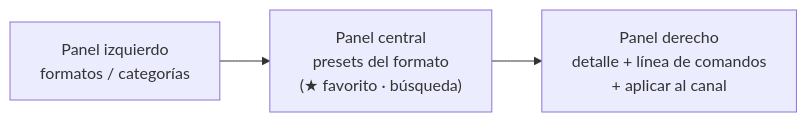
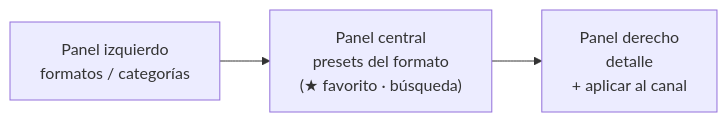
The first of 2 diagrams in docs/08-presets.md (JorgeCruz19/baioss-record), drawn with Mermaid before and after one commit. The commit also changed other lines of this file and 5 other files, not shown here.

````diff
--- a/docs/08-presets.md
+++ b/docs/08-presets.md
@@ -12,5 +12,5 @@
 ```mermaid
 flowchart LR
     L["Panel izquierdo<br/>formatos / categorías"] --> C["Panel central<br/>presets del formato<br/>(★ favorito · búsqueda)"]
-    C --> R["Panel derecho<br/>detalle + línea de comandos<br/>+ aplicar al canal"]
+    C --> R["Panel derecho<br/>detalle<br/>+ aplicar al canal"]
 ```
````
